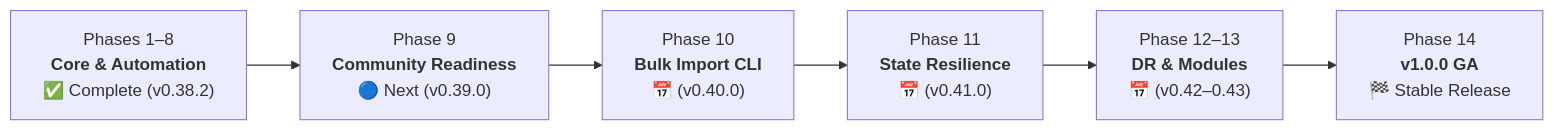
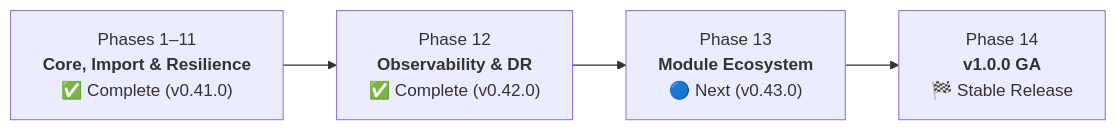
One commit to Josh-Archer/terraform-provider-seerr changed the diagram in ROADMAP.md. Above: the diagram before and after it, drawn with Mermaid. The commit also changed other lines of this file and 21 other files, not shown here.

````diff
--- a/ROADMAP.md
+++ b/ROADMAP.md
@@ -20,8 +20,6 @@
 ```mermaid
 flowchart LR
-    A["Phases 1–8<br/><b>Core & Automation</b><br/>✅ Complete (v0.38.2)"] --> B["Phase 9<br/><b>Community Readiness</b><br/>🔵 Next (v0.39.0)"]
-    B --> C["Phase 10<br/><b>Bulk Import CLI</b><br/>📅 (v0.40.0)"]
-    C --> D["Phase 11<br/><b>State Resilience</b><br/>📅 (v0.41.0)"]
-    D --> E["Phase 12–13<br/><b>DR & Modules</b><br/>📅 (v0.42–0.43)"]
-    E --> F["Phase 14<br/><b>v1.0.0 GA</b><br/>🏁 Stable Release"]
+    A["Phases 1–11<br/><b>Core, Import & Resilience</b><br/>✅ Complete (v0.41.0)"] --> B["Phase 12<br/><b>Observability & DR</b><br/>✅ Complete (v0.42.0)"]
+    B --> C["Phase 13<br/><b>Module Ecosystem</b><br/>🔵 Next (v0.43.0)"]
+    C --> D["Phase 14<br/><b>v1.0.0 GA</b><br/>🏁 Stable Release"]
 ```
````
